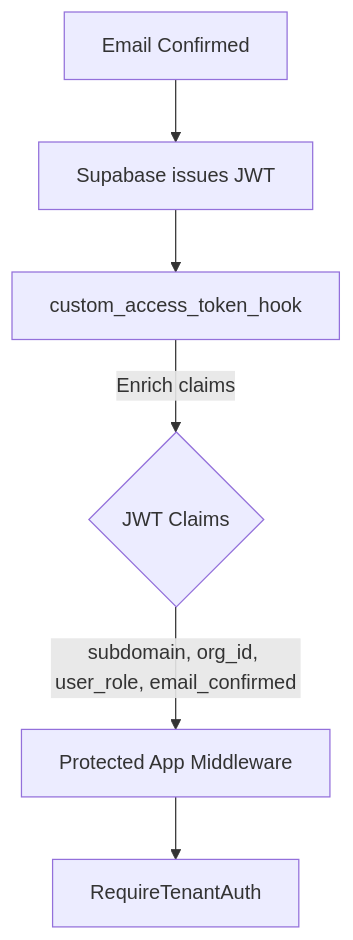
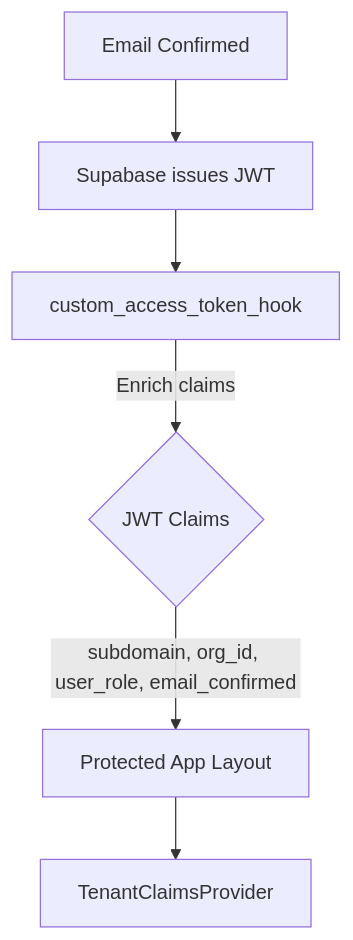
The second of 3 diagrams in docs/auth-flow.md (steve-piece/subdomain-isolated-turborepo), drawn with Mermaid before and after one commit. The commit also changed other lines of this file and 175 other files, not shown here.

First line of the commit message:
chore: remove obsolete files and enhance authentication flow

````diff
--- a/docs/auth-flow.md
+++ b/docs/auth-flow.md
@@ -69,8 +69,8 @@
 ```mermaid
 graph TD
   A[Email Confirmed] --> B[Supabase issues JWT]
   B --> C[custom_access_token_hook]
   C -->|Enrich claims| D{JWT Claims}
-  D -->|subdomain, org_id, user_role, email_confirmed| E[Protected App Middleware]
-  E --> F[RequireTenantAuth]
+  D -->|subdomain, org_id, user_role, email_confirmed| E[Protected App Layout]
+  E --> F[TenantClaimsProvider]
 ```
````
